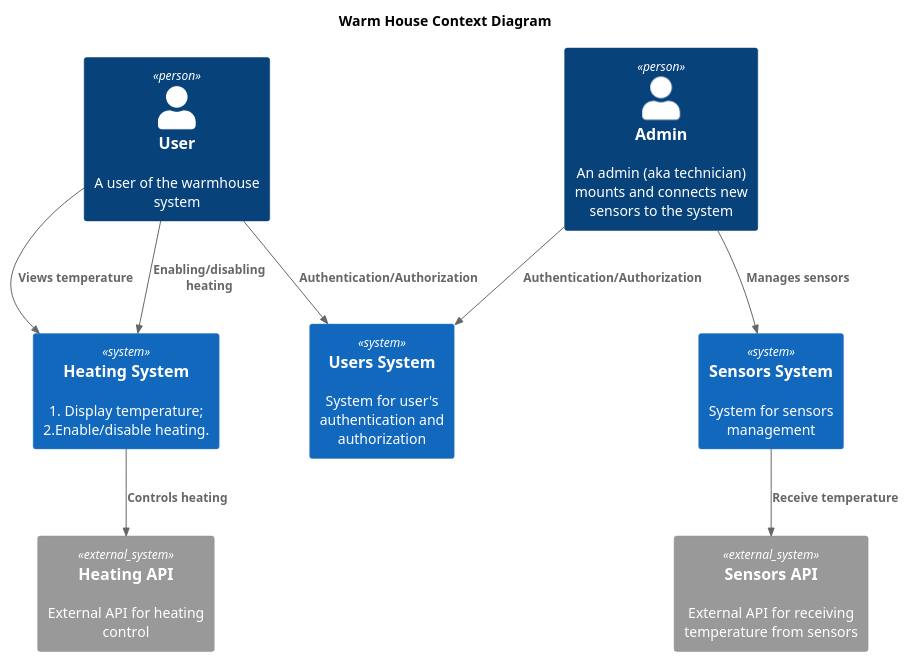
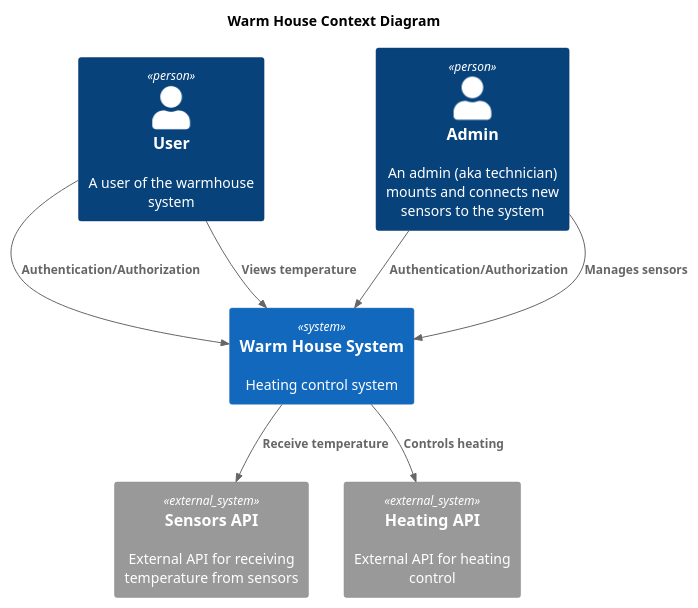
Before and after one commit to santechniqueue/warmhouse: the diagram in apps/smart_home/diagrams/monolith/context.puml, drawn with PlantUML.

Commit message:
Updated context diagram

```diff
--- a/apps/smart_home/diagrams/monolith/context.puml
+++ b/apps/smart_home/diagrams/monolith/context.puml
@@ -1,29 +1,26 @@
 @startuml
 title Warm House Context Diagram
 
 top to bottom direction
 
 !includeurl https://raw.githubusercontent.com/RicardoNiepel/C4-PlantUML/master/C4_Context.puml
 
 Person(User, "User", "A user of the warmhouse system")
 Person(Admin, "Admin", "An admin (aka technician) mounts and connects new sensors to the system")
 
-System(HeatingSystem, "Heating System", "1. Display temperature;\n2.Enable/disable heating.")
-System(SensorsSystem, "Sensors System", "System for sensors management")
-System(UsersSystem, "Users System", "System for user's authentication and authorization")
+System(WarmHouseSystem, "Warm House System", "Heating control system")
 
 System_Ext(SensorsApi, "Sensors API", "External API for receiving temperature from sensors")
 System_Ext(HeatingApi, "Heating API", "External API for heating control")
 
-Rel(User, UsersSystem, "Authentication/Authorization")
-Rel(User, HeatingSystem, "Views temperature")
-Rel(User, HeatingSystem, "Enabling/disabling heating")
+Rel(User, WarmHouseSystem, "Authentication/Authorization")
+Rel(User, WarmHouseSystem, "Views temperature")
 
-Rel(Admin, UsersSystem, "Authentication/Authorization")
-Rel(Admin, SensorsSystem, "Manages sensors")
+Rel(Admin, WarmHouseSystem, "Authentication/Authorization")
+Rel(Admin, WarmHouseSystem, "Manages sensors")
 
-Rel(SensorsSystem, SensorsApi, "Receive temperature")
+Rel(WarmHouseSystem, SensorsApi, "Receive temperature")
 
-Rel(HeatingSystem, HeatingApi, "Controls heating")
+Rel(WarmHouseSystem, HeatingApi, "Controls heating")
 
 @enduml
```
